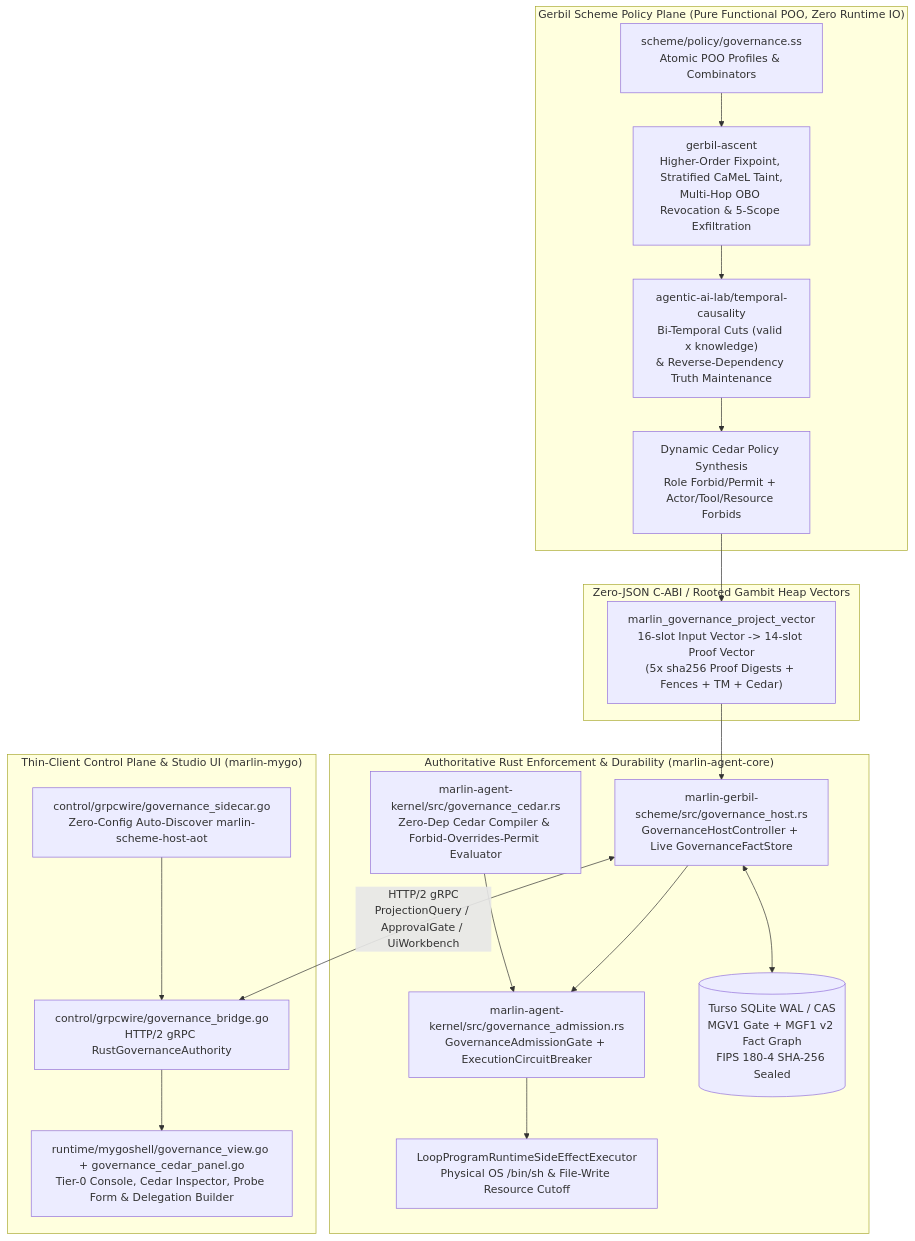
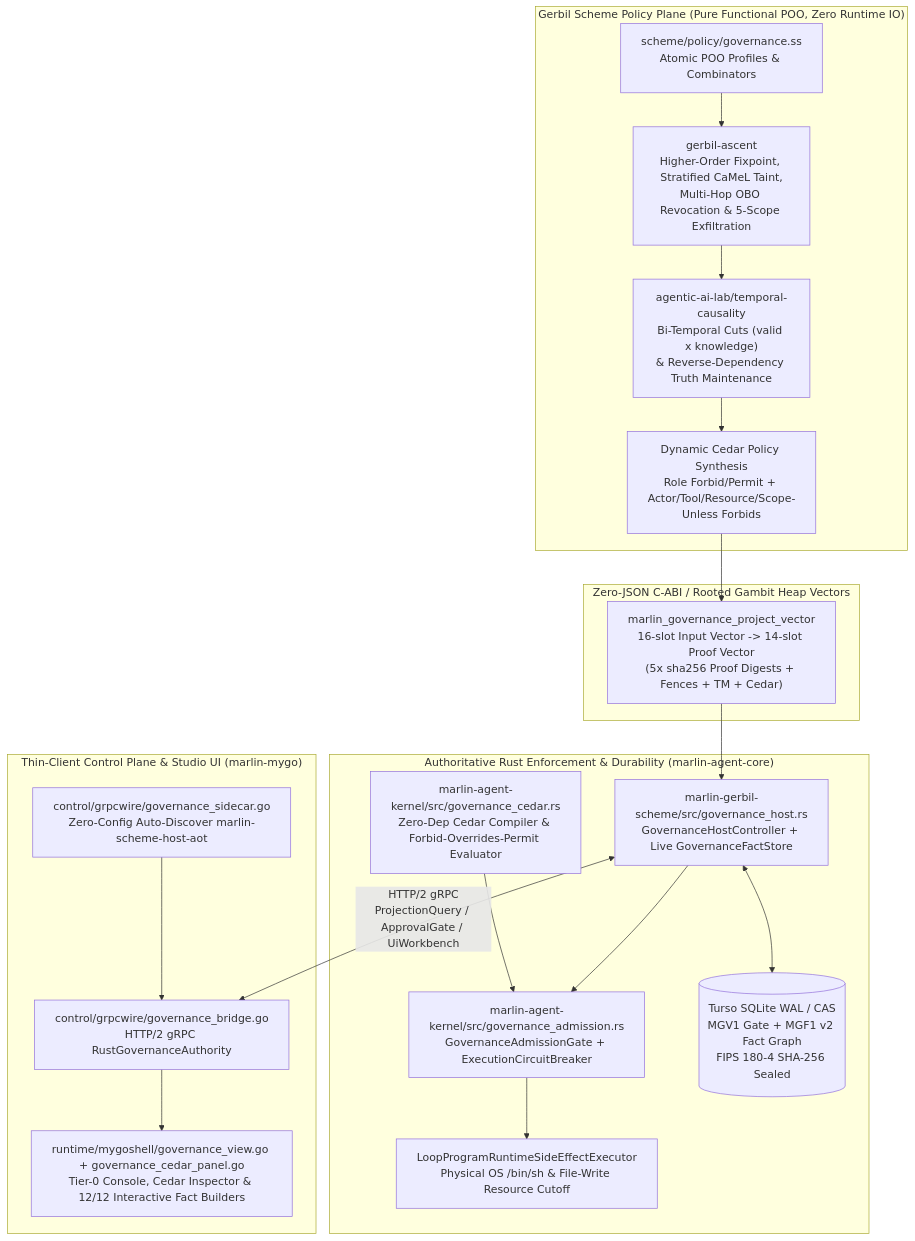
One commit to tao3k/marlin-agent-core changed the diagram in docs/10-architecture/governance-authority-plane.md. Above: the diagram before and after it, drawn with Mermaid. The commit also changed other lines of this file and 3 other files, not shown here.

Commit message:
feat(governance): synthesize external-scope unless-declassified Cedar policy in Scheme and verify in Gambit VM

````diff
--- a/docs/10-architecture/governance-authority-plane.md
+++ b/docs/10-architecture/governance-authority-plane.md
@@ -15,35 +15,35 @@
 ```mermaid
 flowchart TD
     subgraph Scheme["Gerbil Scheme Policy Plane (Pure Functional POO, Zero Runtime IO)"]
         POO["scheme/policy/governance.ss<br/>Atomic POO Profiles & Combinators"]
         ASCENT["gerbil-ascent<br/>Higher-Order Fixpoint, Stratified CaMeL Taint,<br/>Multi-Hop OBO Revocation & 5-Scope Exfiltration"]
         BTM["agentic-ai-lab/temporal-causality<br/>Bi-Temporal Cuts (valid x knowledge)<br/>& Reverse-Dependency Truth Maintenance"]
-        CEDAR_SYN["Dynamic Cedar Policy Synthesis<br/>Role Forbid/Permit + Actor/Tool/Resource Forbids"]
+        CEDAR_SYN["Dynamic Cedar Policy Synthesis<br/>Role Forbid/Permit + Actor/Tool/Resource/Scope-Unless Forbids"]
         POO --> ASCENT --> BTM --> CEDAR_SYN
     end
 
     subgraph ABI["Zero-JSON C-ABI / Rooted Gambit Heap Vectors"]
         VEC["marlin_governance_project_vector<br/>16-slot Input Vector -> 14-slot Proof Vector<br/>(5x sha256 Proof Digests + Fences + TM + Cedar)"]
     end
 
     subgraph Rust["Authoritative Rust Enforcement & Durability (marlin-agent-core)"]
         CEDAR_EVAL["marlin-agent-kernel/src/governance_cedar.rs<br/>Zero-Dep Cedar Compiler & Forbid-Overrides-Permit Evaluator"]
         GATE["marlin-agent-kernel/src/governance_admission.rs<br/>GovernanceAdmissionGate + ExecutionCircuitBreaker"]
         EXEC["LoopProgramRuntimeSideEffectExecutor<br/>Physical OS /bin/sh & File-Write Resource Cutoff"]
         HOST["marlin-gerbil-scheme/src/governance_host.rs<br/>GovernanceHostController + Live GovernanceFactStore"]
         WAL[("Turso SQLite WAL / CAS<br/>MGV1 Gate + MGF1 v2 Fact Graph<br/>FIPS 180-4 SHA-256 Sealed")]
         CEDAR_EVAL --> GATE --> EXEC
         HOST --> GATE
         HOST <--> WAL
     end
 
     subgraph Go["Thin-Client Control Plane & Studio UI (marlin-mygo)"]
         SIDECAR["control/grpcwire/governance_sidecar.go<br/>Zero-Config Auto-Discover marlin-scheme-host-aot"]
         BRIDGE["control/grpcwire/governance_bridge.go<br/>HTTP/2 gRPC RustGovernanceAuthority"]
-        UI["runtime/mygoshell/governance_view.go + governance_cedar_panel.go<br/>Tier-0 Console, Cedar Inspector, Probe Form & Delegation Builder"]
+        UI["runtime/mygoshell/governance_view.go + governance_cedar_panel.go<br/>Tier-0 Console, Cedar Inspector & 12/12 Interactive Fact Builders"]
         SIDECAR --> BRIDGE --> UI
     end
 
     CEDAR_SYN --> VEC --> HOST
     HOST <-->|"HTTP/2 gRPC<br/>ProjectionQuery / ApprovalGate / UiWorkbench"| BRIDGE
 ```
````
